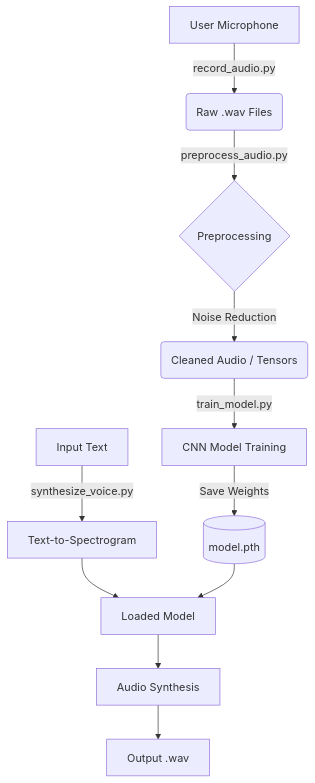
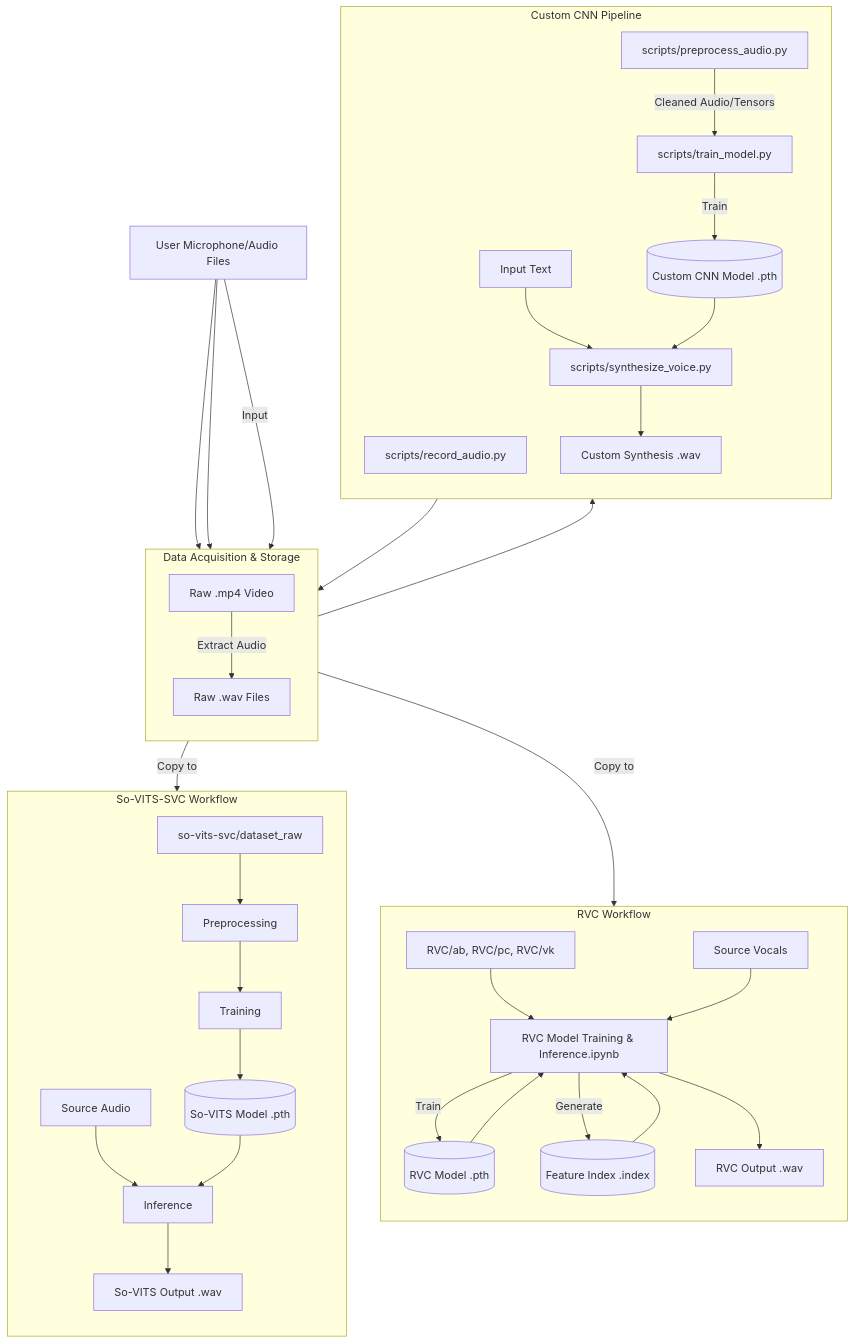
One commit to Shabiul/Voice-Cloning changed the diagram in ARCHITECTURE.md. Above: the diagram before and after it, drawn with Mermaid. The commit also changed other lines of this file and 1 other file, not shown here.

Commit message:
Update architecture diagram to include RVC and So-VITS-SVC workflows

````diff
--- a/ARCHITECTURE.md
+++ b/ARCHITECTURE.md
@@ -56,14 +58,74 @@
 ```mermaid
 graph TD
-    A[User Microphone] -->|record_audio.py| B(Raw .wav Files)
-    B -->|preprocess_audio.py| C{Preprocessing}
-    C -->|Noise Reduction| D(Cleaned Audio / Tensors)
-    D -->|train_model.py| E[CNN Model Training]
-    E -->|Save Weights| F[(model.pth)]
+    %% Global Inputs
+    UserAudio[User Microphone/Audio Files] -->|Input| DataIngest
     
-    G[Input Text] -->|synthesize_voice.py| H[Text-to-Spectrogram]
-    H --> I[Loaded Model]
-    F --> I
-    I --> J[Audio Synthesis]
-    J --> K[Output .wav]
+    subgraph DataIngest [Data Acquisition & Storage]
+        direction TB
+        RawWav[Raw .wav Files]
+        RawMP4[Raw .mp4 Video]
+        RawMP4 -->|Extract Audio| RawWav
+    end
+    
+    UserAudio --> RawWav
+    UserAudio --> RawMP4
+
+    %% Path 1: Custom Python Scripts
+    subgraph CustomPipeline [Custom CNN Pipeline]
+        direction TB
+        ScriptRecord[scripts/record_audio.py]
+        ScriptPreprocess[scripts/preprocess_audio.py]
+        ScriptTrain[scripts/train_model.py]
+        ScriptSynth[scripts/synthesize_voice.py]
+        CustomModel[(Custom CNN Model .pth)]
+        
+        RawWav --> ScriptPreprocess
+        ScriptPreprocess -->|Cleaned Audio/Tensors| ScriptTrain
+        ScriptTrain -->|Train| CustomModel
+        
+        InputText[Input Text] --> ScriptSynth
+        CustomModel --> ScriptSynth
+        ScriptSynth --> OutputCustom[Custom Synthesis .wav]
+    end
+
+    %% Path 2: RVC Workflow
+    subgraph RVCPipeline [RVC Workflow]
+        direction TB
+        RVCNotebook[RVC Model Training & Inference.ipynb]
+        RVCData[RVC/ab, RVC/pc, RVC/vk]
+        RVCModel[(RVC Model .pth)]
+        RVCIndex[(Feature Index .index)]
+        
+        RawWav -->|Copy to| RVCData
+        RVCData --> RVCNotebook
+        RVCNotebook -->|Train| RVCModel
+        RVCNotebook -->|Generate| RVCIndex
+        
+        InputVocals[Source Vocals] --> RVCNotebook
+        RVCModel --> RVCNotebook
+        RVCIndex --> RVCNotebook
+        RVCNotebook --> OutputRVC[RVC Output .wav]
+    end
+
+    %% Path 3: So-VITS-SVC
+    subgraph SoVitsPipeline [So-VITS-SVC Workflow]
+        direction TB
+        SVCRaw[so-vits-svc/dataset_raw]
+        SVCPre[Preprocessing]
+        SVCTrain[Training]
+        SVCModel[(So-VITS Model .pth)]
+        SVCInfer[Inference]
+        
+        RawWav -->|Copy to| SVCRaw
+        SVCRaw --> SVCPre
+        SVCPre --> SVCTrain
+        SVCTrain --> SVCModel
+        
+        InputSource[Source Audio] --> SVCInfer
+        SVCModel --> SVCInfer
+        SVCInfer --> OutputSVC[So-VITS Output .wav]
+    end
+
+    %% Legend / Connections
+    ScriptRecord --> RawWav
 ```
````
